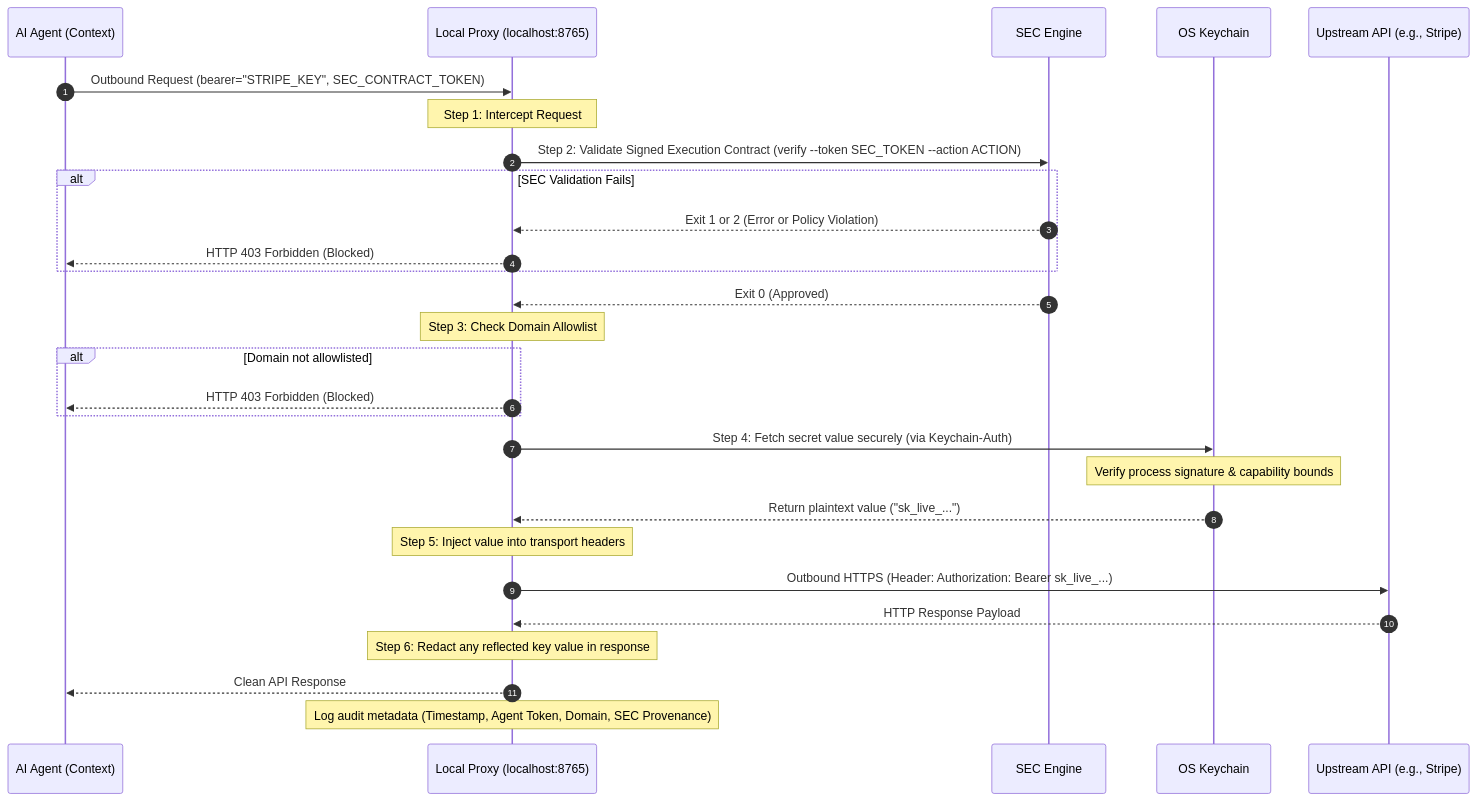
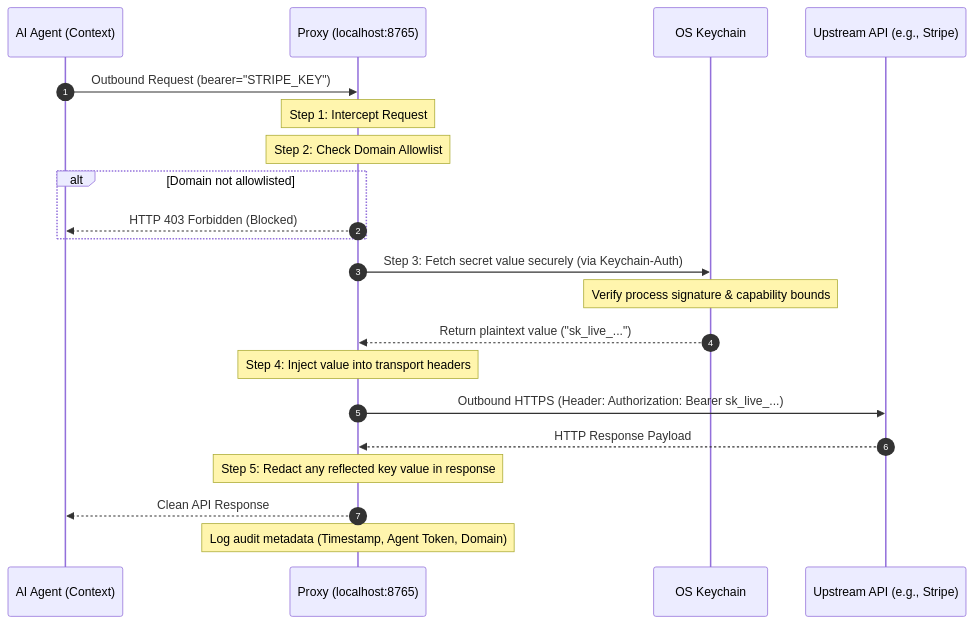
The second of 2 diagrams in src/content/docs/how-it-works.md (The-17/agentsecrets-website), drawn with Mermaid before and after one commit. The commit also changed other lines of this file and 26 other files, not shown here.

````diff
--- a/src/content/docs/how-it-works.md
+++ b/src/content/docs/how-it-works.md
@@ -73,36 +64,28 @@
 ```mermaid
 sequenceDiagram
     autonumber
     participant Agent as AI Agent (Context)
-    participant Proxy as Local Proxy (localhost:8765)
-    participant SEC as SEC Engine
+    participant Proxy as Proxy (localhost:8765)
     participant Keychain as OS Keychain
     participant Target as Upstream API (e.g., Stripe)
     
-    Agent->>Proxy: Outbound Request (bearer="STRIPE_KEY", SEC_CONTRACT_TOKEN)
+    Agent->>Proxy: Outbound Request (bearer="STRIPE_KEY")
     Note over Proxy: Step 1: Intercept Request
     
-    Proxy->>SEC: Step 2: Validate Signed Execution Contract (verify --token SEC_TOKEN --action ACTION)
-    alt SEC Validation Fails
-        SEC-->>Proxy: Exit 1 or 2 (Error or Policy Violation)
-        Proxy-->>Agent: HTTP 403 Forbidden (Blocked)
-    end
-    SEC-->>Proxy: Exit 0 (Approved)
-    
-    Note over Proxy: Step 3: Check Domain Allowlist
+    Note over Proxy: Step 2: Check Domain Allowlist
     alt Domain not allowlisted
         Proxy-->>Agent: HTTP 403 Forbidden (Blocked)
     end
     
-    Proxy->>Keychain: Step 4: Fetch secret value securely (via Keychain-Auth)
+    Proxy->>Keychain: Step 3: Fetch secret value securely (via Keychain-Auth)
     Note over Keychain: Verify process signature & capability bounds
     Keychain-->>Proxy: Return plaintext value ("sk_live_...")
     
-    Note over Proxy: Step 5: Inject value into transport headers
+    Note over Proxy: Step 4: Inject value into transport headers
     Proxy->>Target: Outbound HTTPS (Header: Authorization: Bearer sk_live_...)
     Target-->>Proxy: HTTP Response Payload
     
-    Note over Proxy: Step 6: Redact any reflected key value in response
+    Note over Proxy: Step 5: Redact any reflected key value in response
     Proxy-->>Agent: Clean API Response
-    Note over Proxy: Log audit metadata (Timestamp, Agent Token, Domain, SEC Provenance)
+    Note over Proxy: Log audit metadata (Timestamp, Agent Token, Domain)
 ```
````
